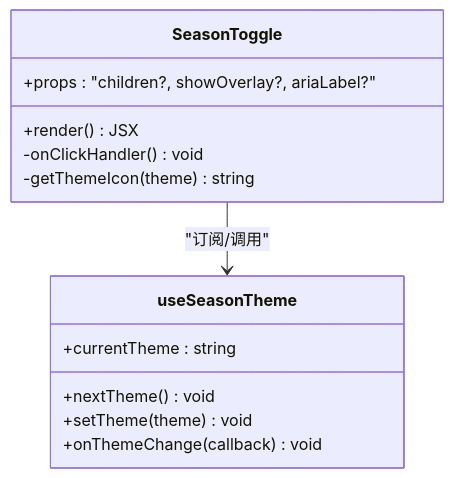
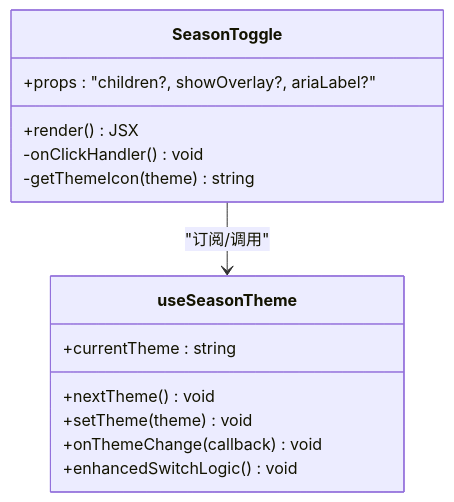
One commit to KwoskyWang/oo-space changed the third of 6 diagrams in .qoder/repowiki/zh/content/交互功能/季节主题切换.md. Above: the diagram before and after it, drawn with Mermaid. The commit also changed other lines of this file and 83 other files, not shown here.

````diff
--- a/.qoder/repowiki/zh/content/交互功能/季节主题切换.md
+++ b/.qoder/repowiki/zh/content/交互功能/季节主题切换.md
@@ -135,16 +145,17 @@
 ```mermaid
 classDiagram
 class SeasonToggle {
 +props : "children?, showOverlay?, ariaLabel?"
 +render() JSX
 -onClickHandler() void
 -getThemeIcon(theme) string
 }
 class useSeasonTheme {
 +currentTheme : string
 +nextTheme() void
 +setTheme(theme) void
 +onThemeChange(callback) void
++enhancedSwitchLogic() void
 }
 SeasonToggle --> useSeasonTheme : "订阅/调用"
 ```
````
